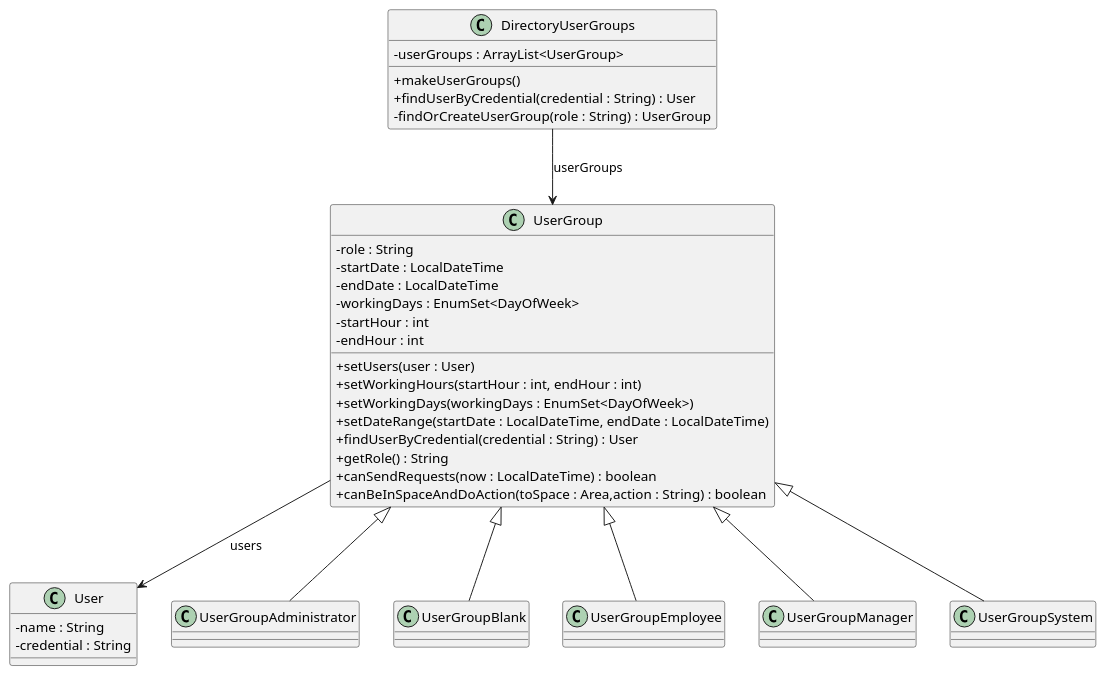
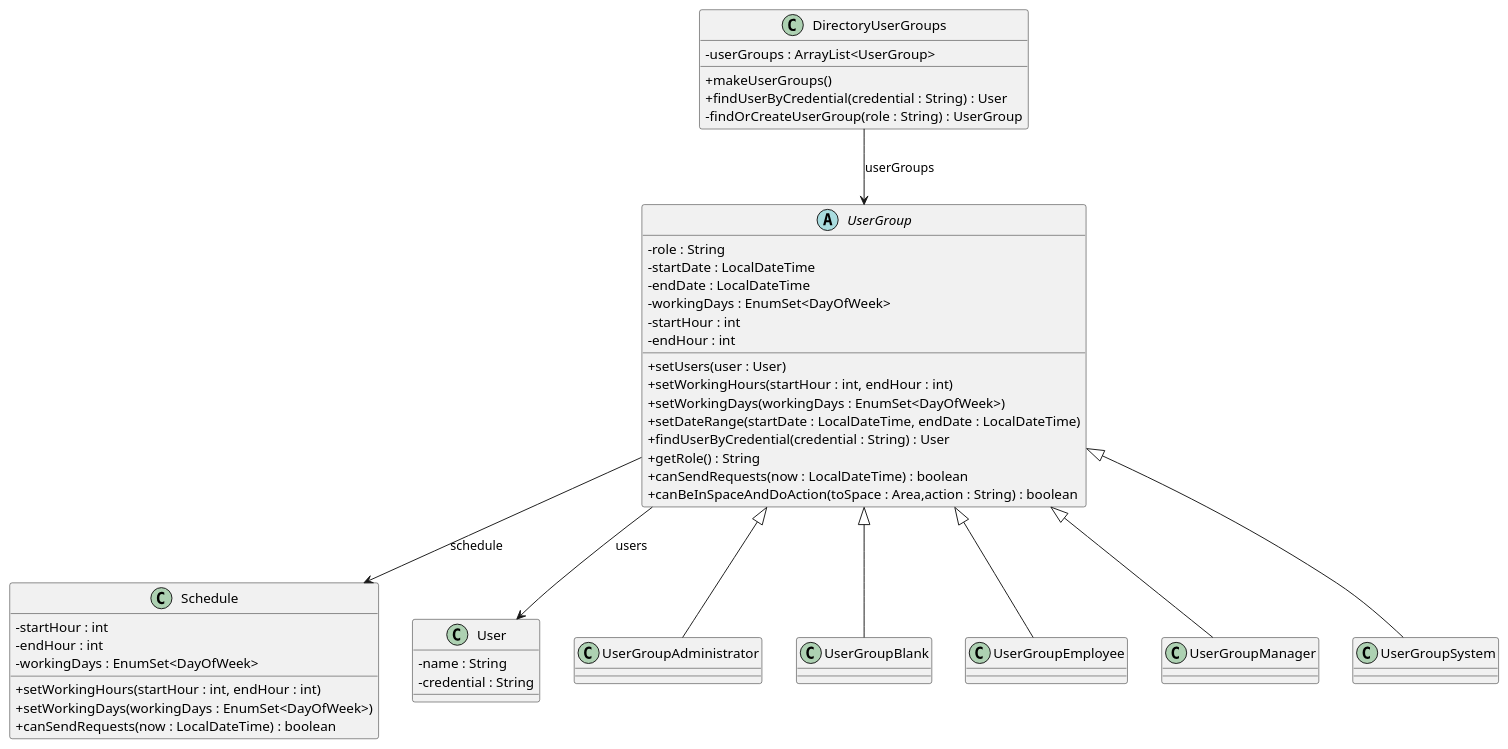
One commit to alexuab69/PracticaDS changed the diagram in src/baseNoStates/uml/Users.puml. Above: the diagram before and after it, drawn with PlantUML. The commit also changed 12 other files, not shown here.

Commit message:
Comments + allUml and packages uml's + unused functions and imports

```diff
--- a/src/baseNoStates/uml/Users.puml
+++ b/src/baseNoStates/uml/Users.puml
@@ -1,52 +1,62 @@
  @startuml
 'https://plantuml.com/sequence-diagram
 skinparam classAttributeIconSize 0
 
-class DirectoryUserGroups {
-    - userGroups : ArrayList<UserGroup>
-    + makeUserGroups()
-    + findUserByCredential(credential : String) : User
-    - findOrCreateUserGroup(role : String) : UserGroup
+class Schedule {
+    - startHour : int
+    - endHour : int
+    - workingDays : EnumSet<DayOfWeek>
+    + setWorkingHours(startHour : int, endHour : int)
+    + setWorkingDays(workingDays : EnumSet<DayOfWeek>)
+    + canSendRequests(now : LocalDateTime) : boolean
 }
 
-class UserGroup {
+class DirectoryUserGroups {
+- userGroups : ArrayList<UserGroup>
++ makeUserGroups()
++ findUserByCredential(credential : String) : User
+- findOrCreateUserGroup(role : String) : UserGroup
+}
+
+abstract class UserGroup {
     - role : String
     - startDate : LocalDateTime
     - endDate : LocalDateTime
     - workingDays : EnumSet<DayOfWeek>
     - startHour : int
     - endHour : int
     + setUsers(user : User)
     + setWorkingHours(startHour : int, endHour : int)
     + setWorkingDays(workingDays : EnumSet<DayOfWeek>)
     + setDateRange(startDate : LocalDateTime, endDate : LocalDateTime)
     + findUserByCredential(credential : String) : User
     + getRole() : String
     + canSendRequests(now : LocalDateTime) : boolean
     + canBeInSpaceAndDoAction(toSpace : Area,action : String) : boolean
 }
 
 class User {
     - name : String
     - credential : String
 }
 
 class UserGroupAdministrator extends UserGroup{
 
 }
 class UserGroupBlank extends UserGroup{
 
 }
 class UserGroupEmployee extends UserGroup{
 
 }
 class UserGroupManager extends UserGroup{
 
 }
 class UserGroupSystem extends UserGroup{
 
 }
-
 DirectoryUserGroups  -->  UserGroup : userGroups
 UserGroup  -->  User : users
+
+UserGroup --> Schedule : schedule
 @enduml
```
